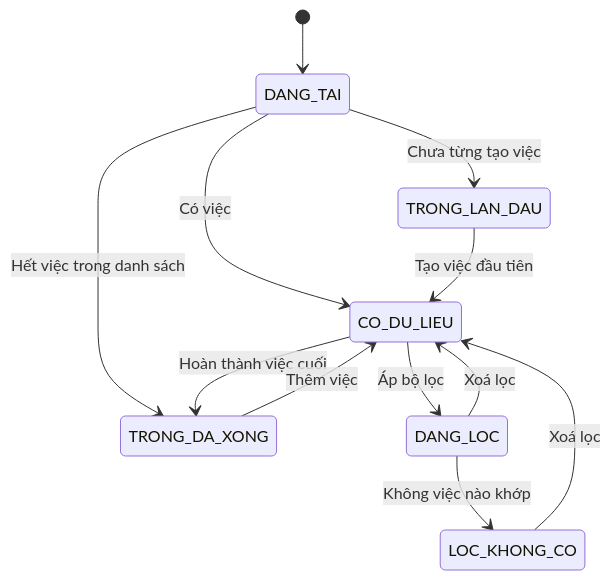
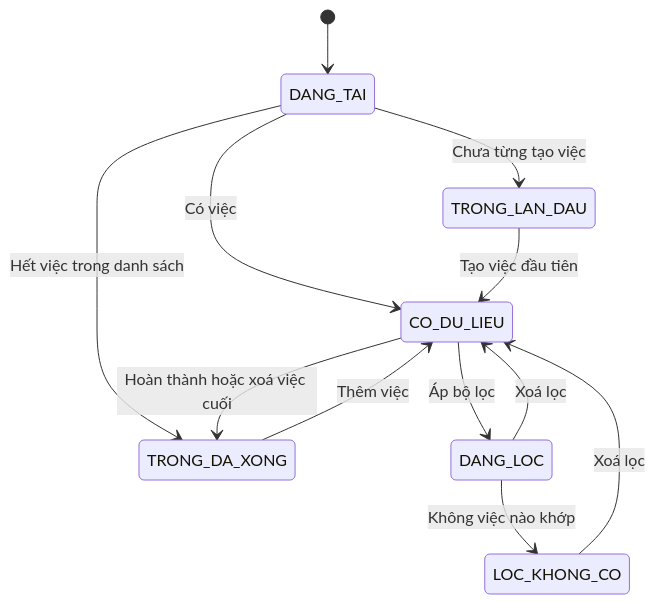
One commit to uxfoundation-vn/de01-quan-ly-cong-viec-ca-nhan changed the first of 5 diagrams in docs/TN03-xem-loc-tim-kiem/SRS.md. Above: the diagram before and after it, drawn with Mermaid. The commit also changed 2 other files, not shown here.

Commit message:
Sửa lỗi mã và bổ sung case còn thiếu trong các luồng
- Đồng bộ sơ đồ trạng thái với quy tắc nghiệp vụ và giữa README với SRS
- Bổ sung luồng thay thế, luồng lỗi còn thiếu (đánh dấu [giả định])
- Sửa mã trùng, dải mã sai, bổ sung mô tả màn hình còn thiếu

Claude-Session: https://claude.ai/code/session_01HUg38hzVubXDdtzuQHZvo4

````diff
--- a/docs/TN03-xem-loc-tim-kiem/SRS.md
+++ b/docs/TN03-xem-loc-tim-kiem/SRS.md
@@ -46,14 +46,14 @@
 ```mermaid
 stateDiagram-v2
   [*] --> DANG_TAI
   DANG_TAI --> TRONG_LAN_DAU : Chưa từng tạo việc
   DANG_TAI --> TRONG_DA_XONG : Hết việc trong danh sách
   DANG_TAI --> CO_DU_LIEU : Có việc
   CO_DU_LIEU --> DANG_LOC : Áp bộ lọc
   DANG_LOC --> CO_DU_LIEU : Xoá lọc
   DANG_LOC --> LOC_KHONG_CO : Không việc nào khớp
   LOC_KHONG_CO --> CO_DU_LIEU : Xoá lọc
-  CO_DU_LIEU --> TRONG_DA_XONG : Hoàn thành việc cuối
+  CO_DU_LIEU --> TRONG_DA_XONG : Hoàn thành hoặc xoá việc cuối
   TRONG_LAN_DAU --> CO_DU_LIEU : Tạo việc đầu tiên
   TRONG_DA_XONG --> CO_DU_LIEU : Thêm việc
 ```
````
